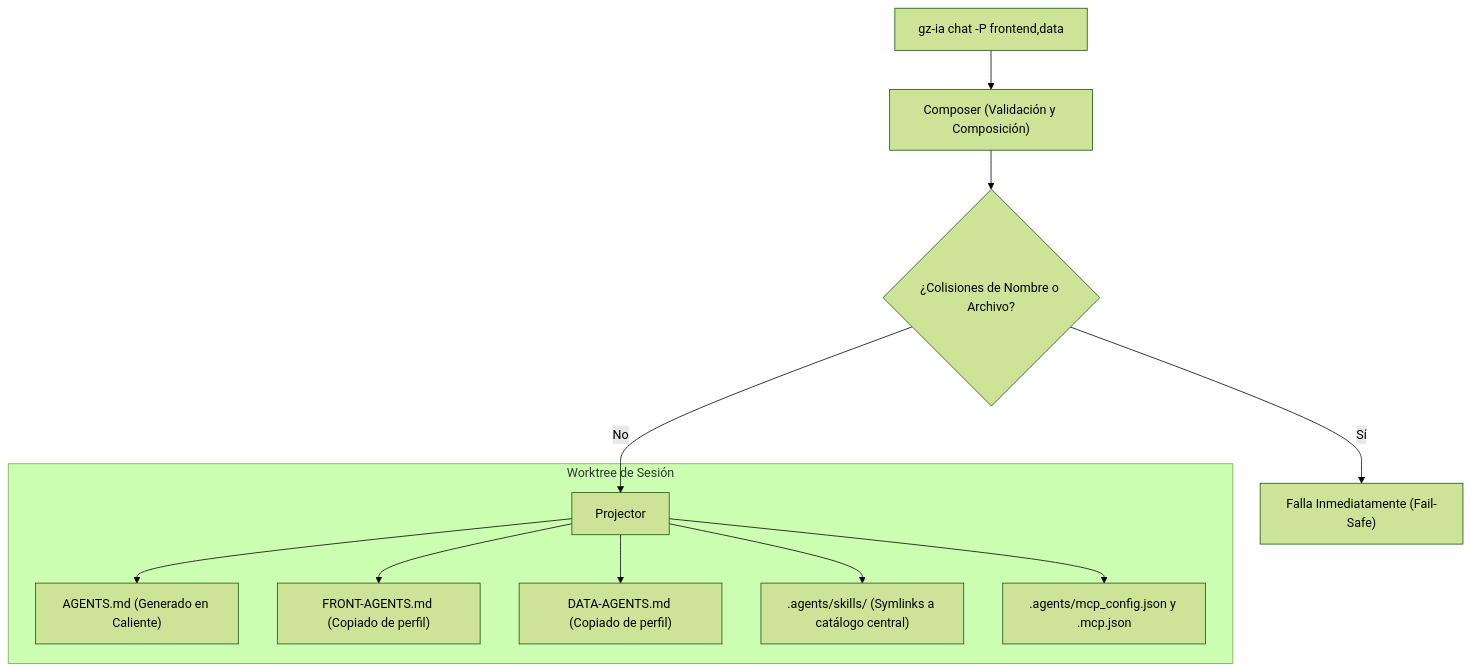
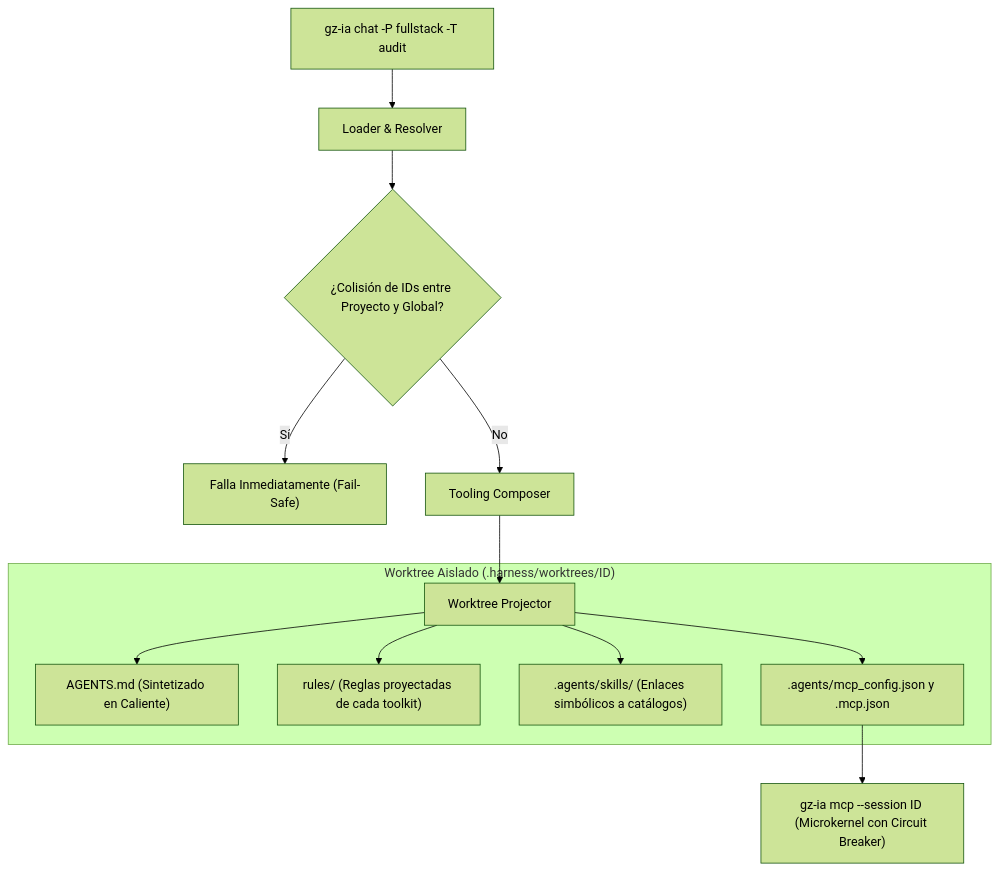
The diagram in docs/guide/profiles.md (GountzJs/gountz-ia), drawn with Mermaid (forest theme) before and after one commit. The commit also changed other lines of this file and 33 other files, not shown here.

````diff
--- a/docs/guide/profiles.md
+++ b/docs/guide/profiles.md
@@ -103,15 +115,17 @@
 ```mermaid
 flowchart TD
-    CLI["gz-ia chat -P frontend,data"] --> Composer["Composer (Validación y Composición)"]
-    Composer --> Collision{"¿Colisiones de Nombre o Archivo?"}
-    Collision -->|"Sí"| Error["Falla Inmediatamente (Fail-Safe)"]
-    Collision -->|"No"| Projector["Projector"]
-    
-    subgraph Worktree ["Worktree de Sesión"]
-        Projector --> RootMD["AGENTS.md (Generado en Caliente)"]
-        Projector --> FrontMD["FRONT-AGENTS.md (Copiado de perfil)"]
-        Projector --> DataMD["DATA-AGENTS.md (Copiado de perfil)"]
-        Projector --> Symlinks[".agents/skills/ (Symlinks a catálogo central)"]
-        Projector --> MCPConfig[".agents/mcp_config.json y .mcp.json"]
+    CLI["gz-ia chat -P fullstack -T audit"] --> Loader["Loader & Resolver"]
+    Loader --> ScopeCheck{"¿Colisión de IDs entre Proyecto y Global?"}
+    ScopeCheck -->|"Sí"| Error["Falla Inmediatamente (Fail-Safe)"]
+    ScopeCheck -->|"No"| Composer["Tooling Composer"]
+    Composer --> Projector["Worktree Projector"]
+
+    subgraph Worktree ["Worktree Aislado (.harness/worktrees/ID)"]
+        Projector --> RootMD["AGENTS.md (Sintetizado en Caliente)"]
+        Projector --> Rules["rules/ (Reglas proyectadas de cada toolkit)"]
+        Projector --> SkillsSymlink[".agents/skills/ (Enlaces simbólicos a catálogos)"]
+        Projector --> MCPConfigs[".agents/mcp_config.json y .mcp.json"]
     end
+
+    MCPConfigs --> OrchyServer["gz-ia mcp --session ID (Microkernel con Circuit Breaker)"]
 ```
````
